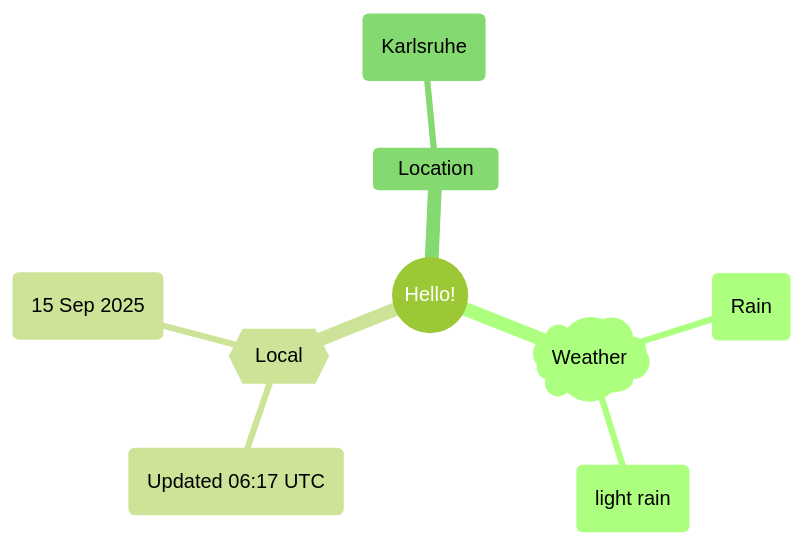
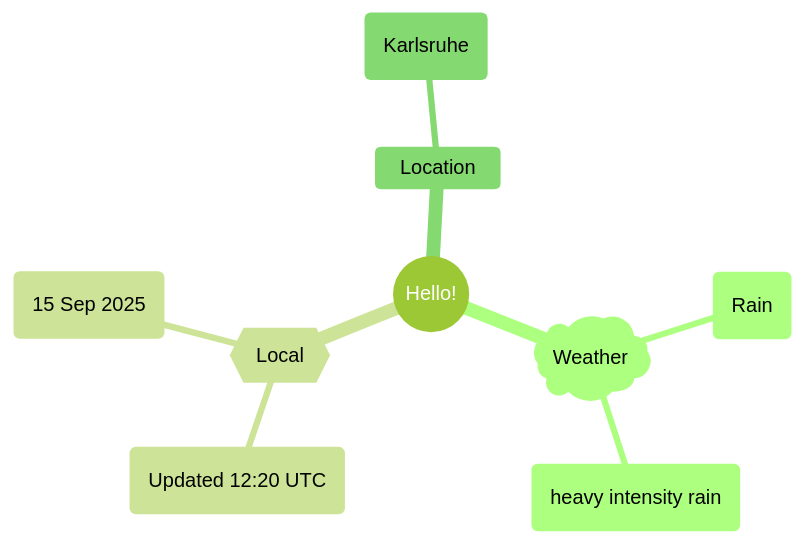
Before and after one commit to Xosrov/Xosrov: the first of 2 diagrams in README.md, drawn with Mermaid (forest theme).

Commit message:
[bot] updated images

````diff
--- a/README.md
+++ b/README.md
@@ -3,12 +3,12 @@
 ```mermaid
 mindmap
   root((Hello!))
     )Weather(
         (Rain)
-        (light rain)
+        (heavy intensity rain)
     {{Local}}
-        (Updated 06:17 UTC)
+        (Updated 12:20 UTC)
         (15 Sep 2025)
     Location
         (Karlsruhe)
 ```
````
